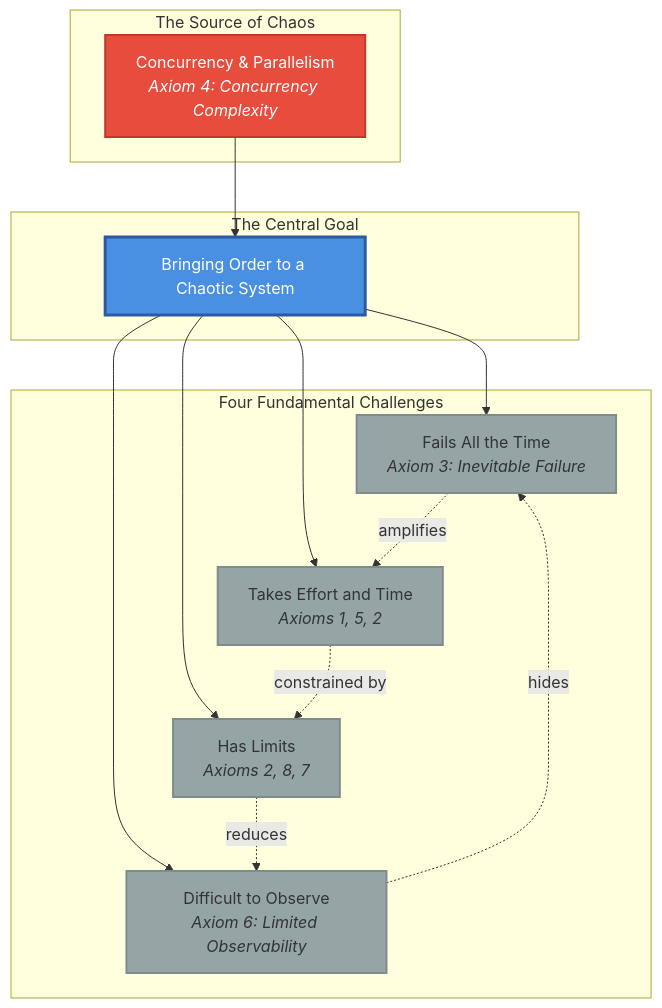
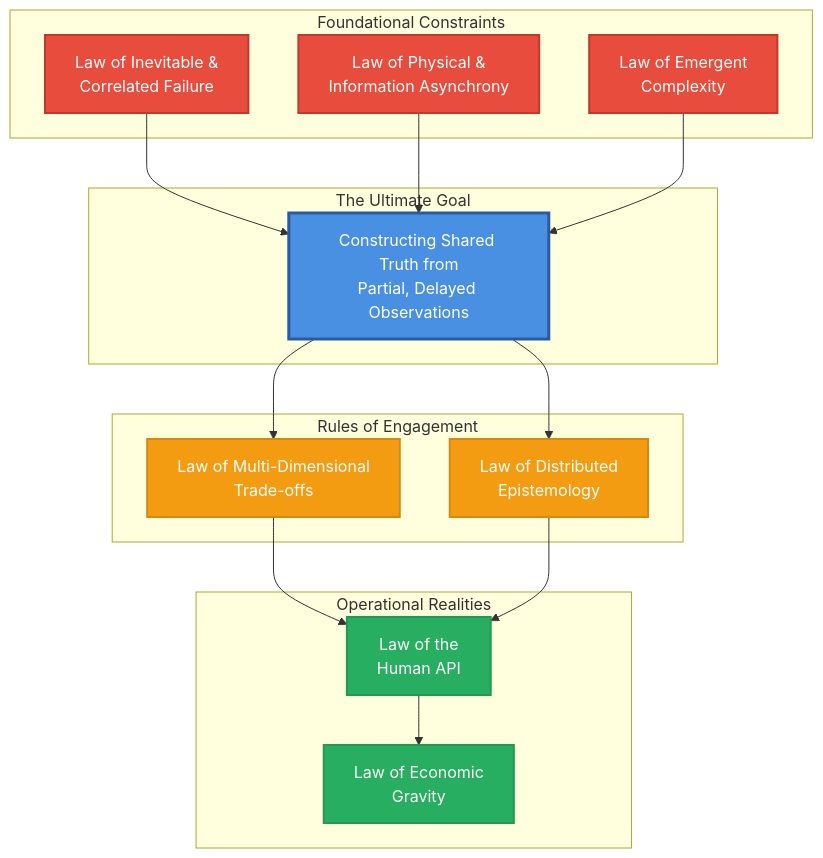
Before and after one commit to deepaucksharma/DStudio: the first of 2 diagrams in docs/part1-axioms/index.md, drawn with Mermaid. The commit also changed other lines of this file and 103 other files, not shown here.

````diff
--- a/docs/part1-axioms/index.md
+++ b/docs/part1-axioms/index.md
@@ -19,35 +21,42 @@
 ```mermaid
 graph TD
-    subgraph "The Central Goal"
-        ORDER["Bringing Order to a Chaotic System"]
+    subgraph "The Ultimate Goal"
+        ORDER["Constructing Shared Truth from<br/>Partial, Delayed Observations"]
     end
     
-    subgraph "Four Fundamental Challenges"
-        FAIL["Fails All the Time<br/><i>Axiom 3: Inevitable Failure</i>"]
-        TIME["Takes Effort and Time<br/><i>Axioms 1, 5, 2</i>"]
-        LIMITS["Has Limits<br/><i>Axioms 2, 8, 7</i>"]
-        OBSERVE["Difficult to Observe<br/><i>Axiom 6: Limited Observability</i>"]
+    subgraph "Foundational Constraints"
+        FAIL["Law of Inevitable &<br/>Correlated Failure"]
+        ASYNC["Law of Physical &<br/>Information Asynchrony"]
+        EMERGE["Law of Emergent<br/>Complexity"]
     end
     
-    subgraph "The Source of Chaos"
-        CONCUR["Concurrency & Parallelism<br/><i>Axiom 4: Concurrency Complexity</i>"]
+    subgraph "Rules of Engagement"
+        TRADE["Law of Multi-Dimensional<br/>Trade-offs"]
+        EPIST["Law of Distributed<br/>Epistemology"]
     end
     
-    CONCUR --> ORDER
-    ORDER --> FAIL
-    ORDER --> TIME
-    ORDER --> LIMITS
-    ORDER --> OBSERVE
+    subgraph "Operational Realities"
+        HUMAN["Law of the<br/>Human API"]
+        ECON["Law of Economic<br/>Gravity"]
+    end
     
-    FAIL -.->|amplifies| TIME
-    TIME -.->|constrained by| LIMITS
-    LIMITS -.->|reduces| OBSERVE
-    OBSERVE -.->|hides| FAIL
+    FAIL --> ORDER
+    ASYNC --> ORDER
+    EMERGE --> ORDER
+    
+    ORDER --> TRADE
+    ORDER --> EPIST
+    
+    TRADE --> HUMAN
+    EPIST --> HUMAN
+    HUMAN --> ECON
     
     style ORDER fill:#4a90e2,stroke:#2c5aa0,stroke-width:3px,color:#fff
-    style CONCUR fill:#e74c3c,stroke:#c0392b,stroke-width:2px,color:#fff
-    style FAIL fill:#95a5a6,stroke:#7f8c8d,stroke-width:2px
-    style TIME fill:#95a5a6,stroke:#7f8c8d,stroke-width:2px
-    style LIMITS fill:#95a5a6,stroke:#7f8c8d,stroke-width:2px
-    style OBSERVE fill:#95a5a6,stroke:#7f8c8d,stroke-width:2px
+    style FAIL fill:#e74c3c,stroke:#c0392b,stroke-width:2px,color:#fff
+    style ASYNC fill:#e74c3c,stroke:#c0392b,stroke-width:2px,color:#fff
+    style EMERGE fill:#e74c3c,stroke:#c0392b,stroke-width:2px,color:#fff
+    style TRADE fill:#f39c12,stroke:#d68910,stroke-width:2px,color:#fff
+    style EPIST fill:#f39c12,stroke:#d68910,stroke-width:2px,color:#fff
+    style HUMAN fill:#27ae60,stroke:#229954,stroke-width:2px,color:#fff
+    style ECON fill:#27ae60,stroke:#229954,stroke-width:2px,color:#fff
 ```
````
